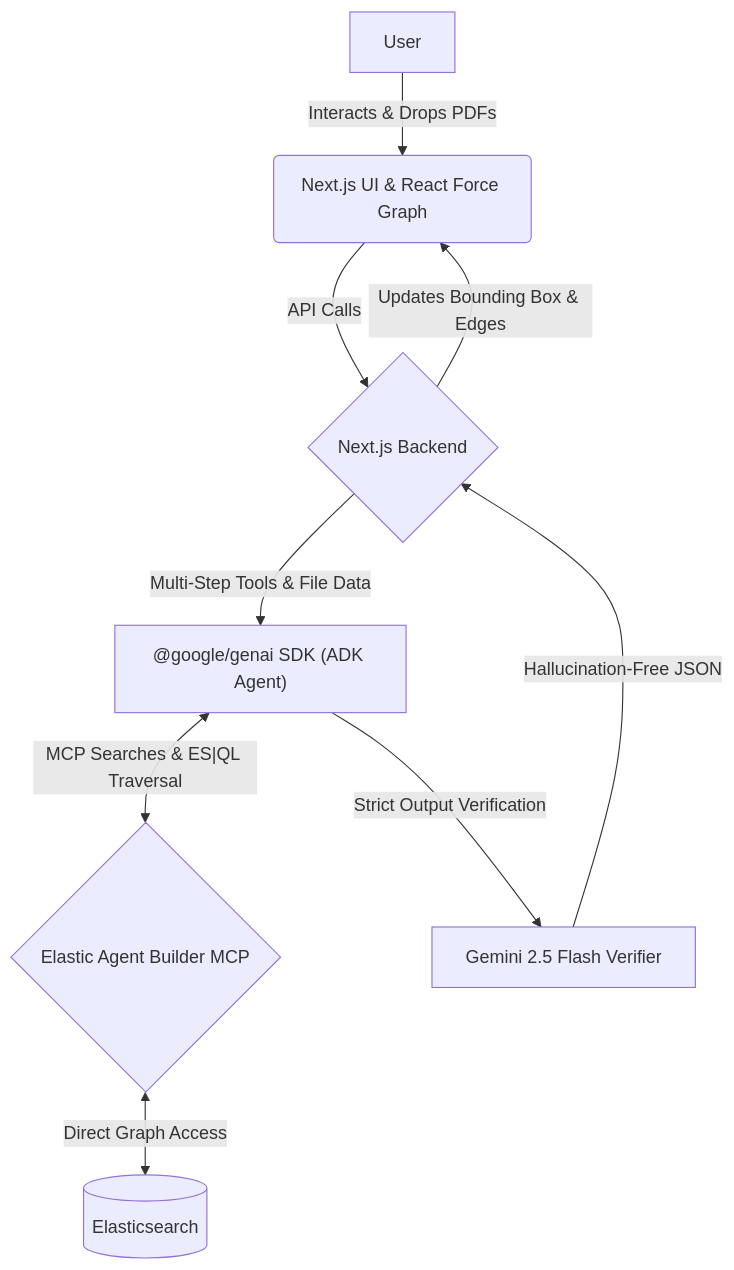
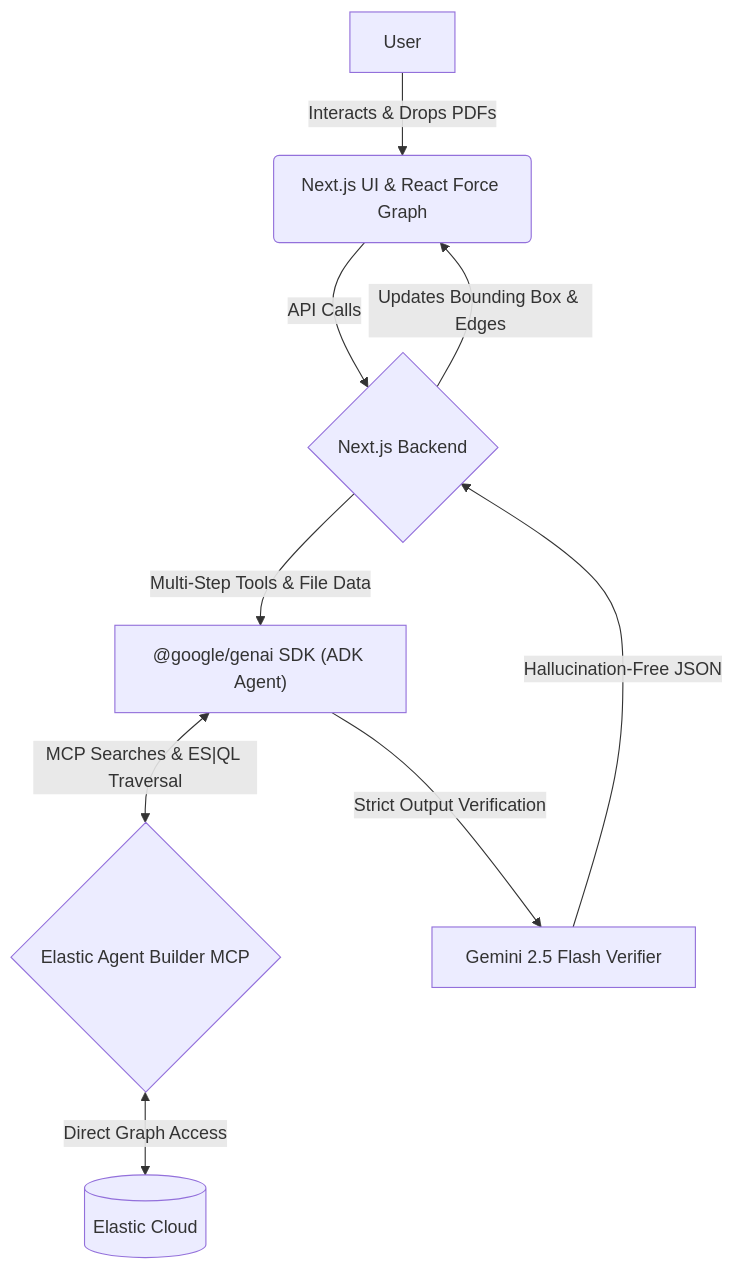
One commit to AshutoshMishraIITKGP/RegChain-google-cloud-rapid-agent-2026 changed the diagram in README.md. Above: the diagram before and after it, drawn with Mermaid. The commit also changed other lines of this file, not shown here.

````diff
--- a/README.md
+++ b/README.md
@@ -55,11 +105,11 @@
 ```mermaid
 graph TD
     A["User"] -->|"Interacts & Drops PDFs"| B("Next.js UI & React Force Graph")
     B -->|"API Calls"| C{"Next.js Backend"}
     C -->|"Multi-Step Tools & File Data"| E["@google/genai SDK (ADK Agent)"]
     E <-->|"MCP Searches & ES|QL Traversal"| F{"Elastic Agent Builder MCP"}
-    F <-->|"Direct Graph Access"| D[("Elasticsearch")]
+    F <-->|"Direct Graph Access"| D[("Elastic Cloud")]
     E -->|"Strict Output Verification"| E2["Gemini 2.5 Flash Verifier"]
     E2 -->|"Hallucination-Free JSON"| C
     C -->|"Updates Bounding Box & Edges"| B
 ```
````
